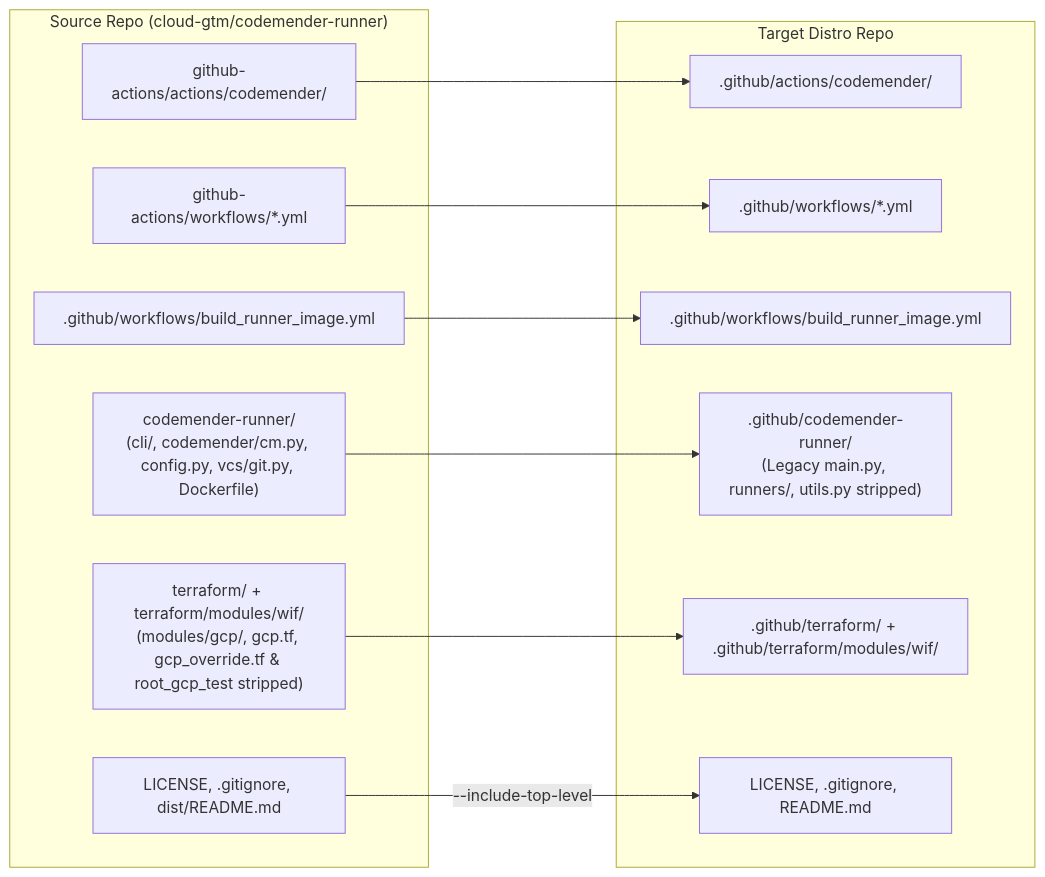
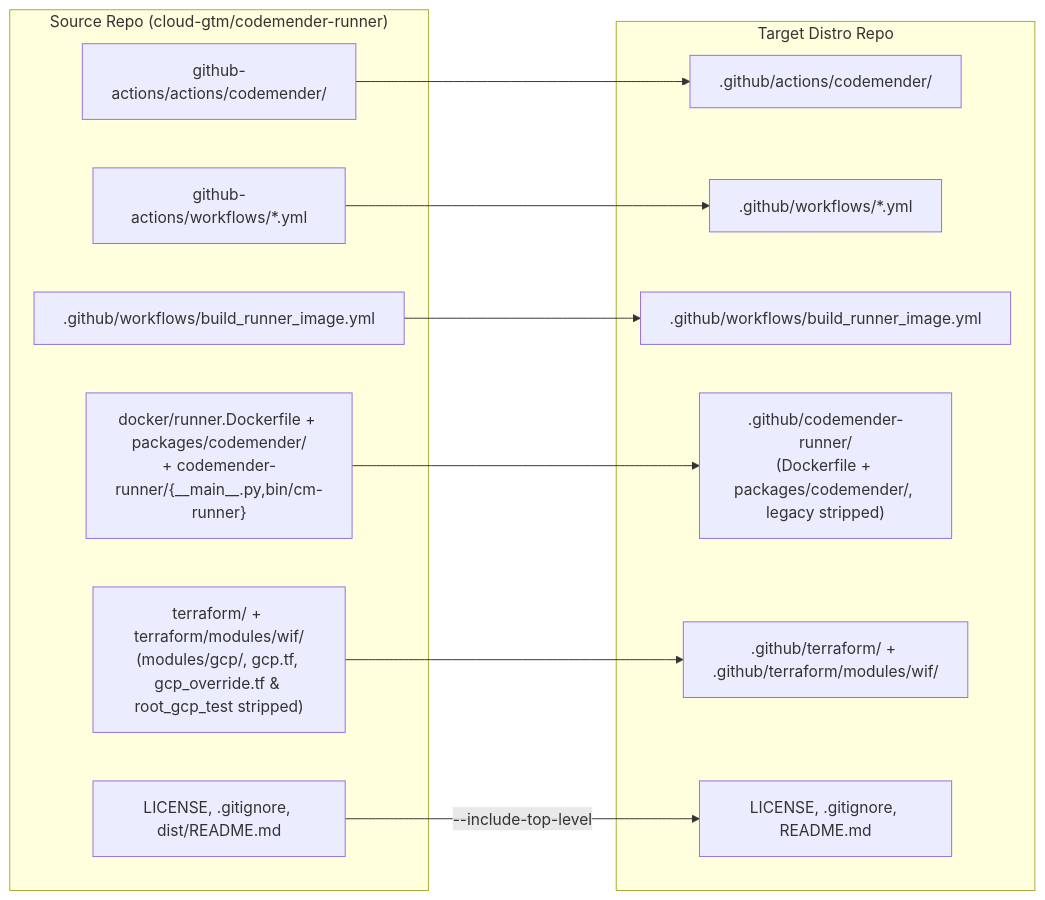
One commit to avnit/codemender-runner-mcp changed the second of 2 diagrams in docs/openspec/specs/distribute/design.md. Above: the diagram before and after it, drawn with Mermaid. The commit also changed other lines of this file and 59 other files, not shown here.

First line of the commit message:
refactor(codemender): migrate generic runner to extensible packages/codemender architecture (#60)

````diff
--- a/docs/openspec/specs/distribute/design.md
+++ b/docs/openspec/specs/distribute/design.md
@@ -285,27 +285,27 @@
 ```mermaid
 flowchart LR
     subgraph Source["Source Repo (cloud-gtm/codemender-runner)"]
         s_gha["github-actions/actions/codemender/"]
         s_wf["github-actions/workflows/*.yml"]
         s_build[".github/workflows/build_runner_image.yml"]
-        s_cmr["codemender-runner/\n(cli/, codemender/cm.py, config.py, vcs/git.py, Dockerfile)"]
+        s_cmr["docker/runner.Dockerfile + packages/codemender/\n+ codemender-runner/{__main__.py,bin/cm-runner}"]
         s_wif["terraform/ + terraform/modules/wif/\n(modules/gcp/, gcp.tf, gcp_override.tf & root_gcp_test stripped)"]
         s_top["LICENSE, .gitignore, dist/README.md"]
     end
 
     subgraph Target["Target Distro Repo"]
         t_gha[".github/actions/codemender/"]
         t_wf[".github/workflows/*.yml"]
         t_build[".github/workflows/build_runner_image.yml"]
-        t_cmr[".github/codemender-runner/\n(Legacy main.py, runners/, utils.py stripped)"]
+        t_cmr[".github/codemender-runner/\n(Dockerfile + packages/codemender/, legacy stripped)"]
         t_wif[".github/terraform/ + .github/terraform/modules/wif/"]
         t_top["LICENSE, .gitignore, README.md"]
     end
 
     s_gha --> t_gha
     s_wf --> t_wf
     s_build --> t_build
     s_cmr --> t_cmr
     s_wif --> t_wif
     s_top -->|"--include-top-level"| t_top
 ```
````
